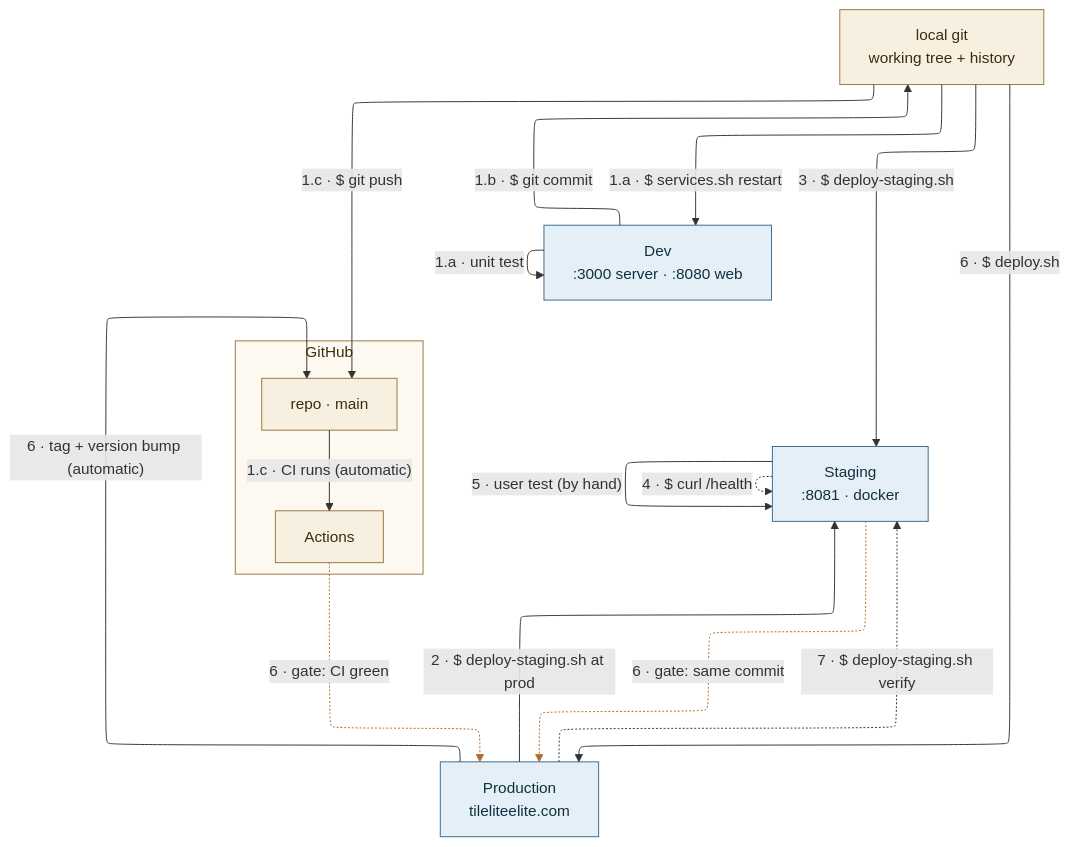
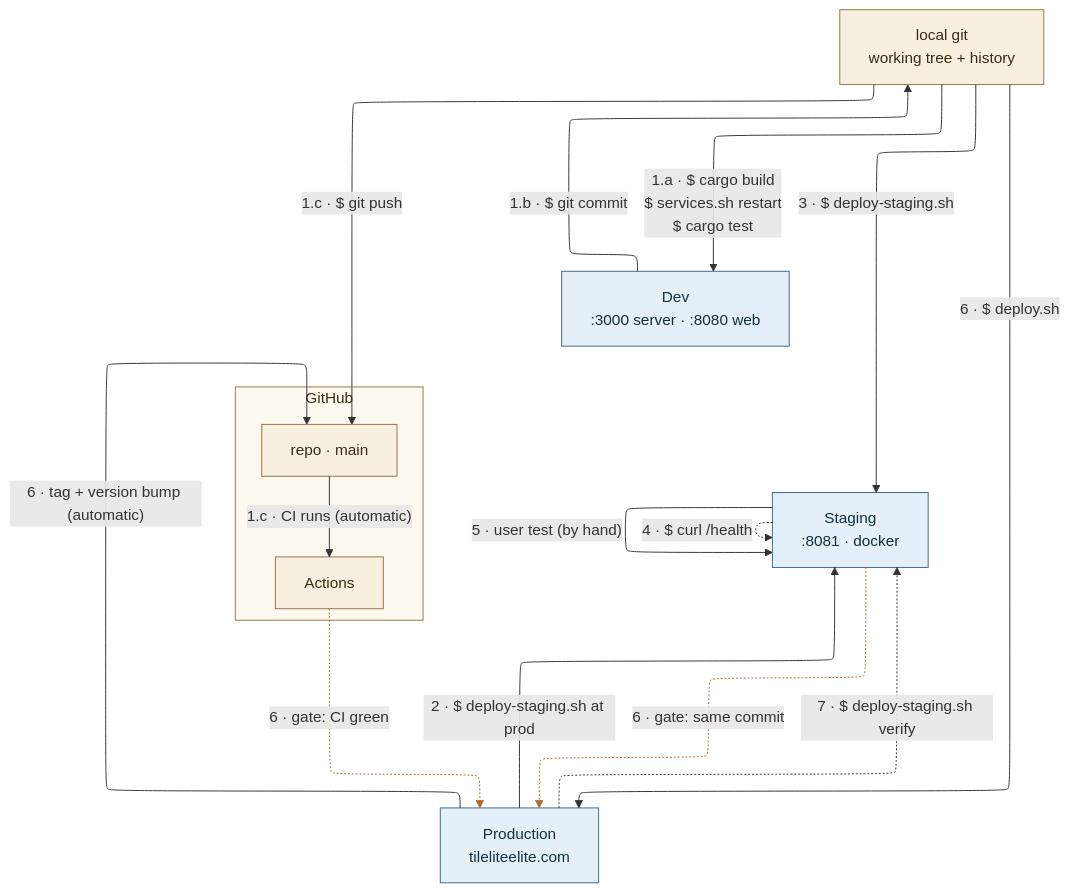
Before and after one commit to SteveStyle/scrabble-px: the diagram in docs/diagrams/release-flow.mmd, drawn with Mermaid. The commit also changed 2 other files, not shown here.

Commit message:
app 0.4.14 api 2.6: show 1.a as one arrow naming build, run and test
1.a was split across two arrows and started at services.sh restart, which
left the build implicit — it happens inside `cargo run`, so it was real
work the picture didn't name. Now one arrow with three lines: build, run,
unit test, in that order.

Folding the separate unit-test self-loop in shifted linkStyle's edge
indices back from 11,12 to 11,12 by way of 12,13. Verified against the
render rather than the arithmetic, which is now the second time these have
moved under an edit.

```diff
--- a/docs/diagrams/release-flow.mmd
+++ b/docs/diagrams/release-flow.mmd
@@ -1,44 +1,43 @@
 ---
 config:
   layout: elk
   elk:
     nodePlacementStrategy: BRANDES_KOEPF
 ---
 flowchart TB
     DEV["Dev<br/>:3000 server · :8080 web"]
     STG["Staging<br/>:8081 · docker"]
     PROD["Production<br/>tileliteelite.com"]
     LG["local git<br/>working tree + history"]
     subgraph GH["GitHub"]
         REPO["repo · main"]
         ACT["Actions"]
     end
 
     DEV ~~~ STG
     STG ~~~ PROD
     DEV -->|"1.b · $ git commit"| LG
     LG -->|"1.c · $ git push"| REPO
     REPO -->|"1.c · CI runs (automatic)"| ACT
-    LG -->|"1.a · $ services.sh restart"| DEV
+    LG -->|"1.a · $ cargo build<br/>$ services.sh restart<br/>$ cargo test"| DEV
     LG -->|"3 · $ deploy-staging.sh"| STG
     LG -->|"6 · $ deploy.sh"| PROD
-    DEV -->|"1.a · unit test"| DEV
     STG -.->|"4 · $ curl /health"| STG
     STG -->|"5 · user test (by hand)"| STG
     PROD -->|"2 · $ deploy-staging.sh at prod"| STG
     ACT -.->|"6 · gate: CI green"| PROD
     STG -.->|"6 · gate: same commit"| PROD
     PROD -->|"6 · tag + version bump (automatic)"| REPO
     PROD -.->|"7 · $ deploy-staging.sh verify"| STG
 
     classDef env fill:#e4eff8,stroke:#39698c,color:#12303f
     classDef repo fill:#f7efe0,stroke:#96763f,color:#3a2c12
     class DEV,STG,PROD env
     class LG,REPO,ACT repo
     %% Amber for the two gates. linkStyle takes edge *indices* in
     %% declaration order counting from 0, including the two invisible ~~~
     %% links — so recount these whenever an edge is added or moved, and
     %% check the render. Adding the user-test edge silently shifted them
-    %% from 11,12 to 12,13 once already.
-    linkStyle 12,13 stroke:#b06a2c,color:#8a4b18
+    %% from 11,12 to 12,13 and back again once already.
+    linkStyle 11,12 stroke:#b06a2c,color:#8a4b18
     style GH fill:#fdf9f1,stroke:#96763f,color:#3a2c12
```
